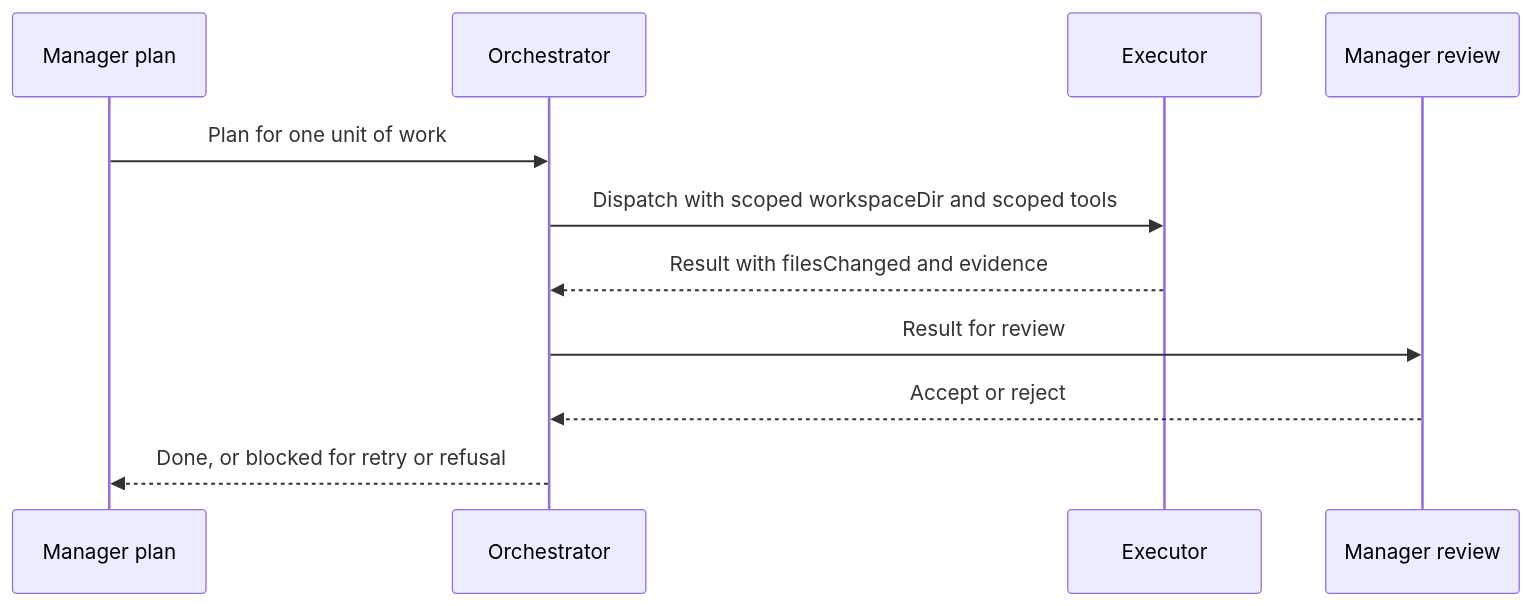
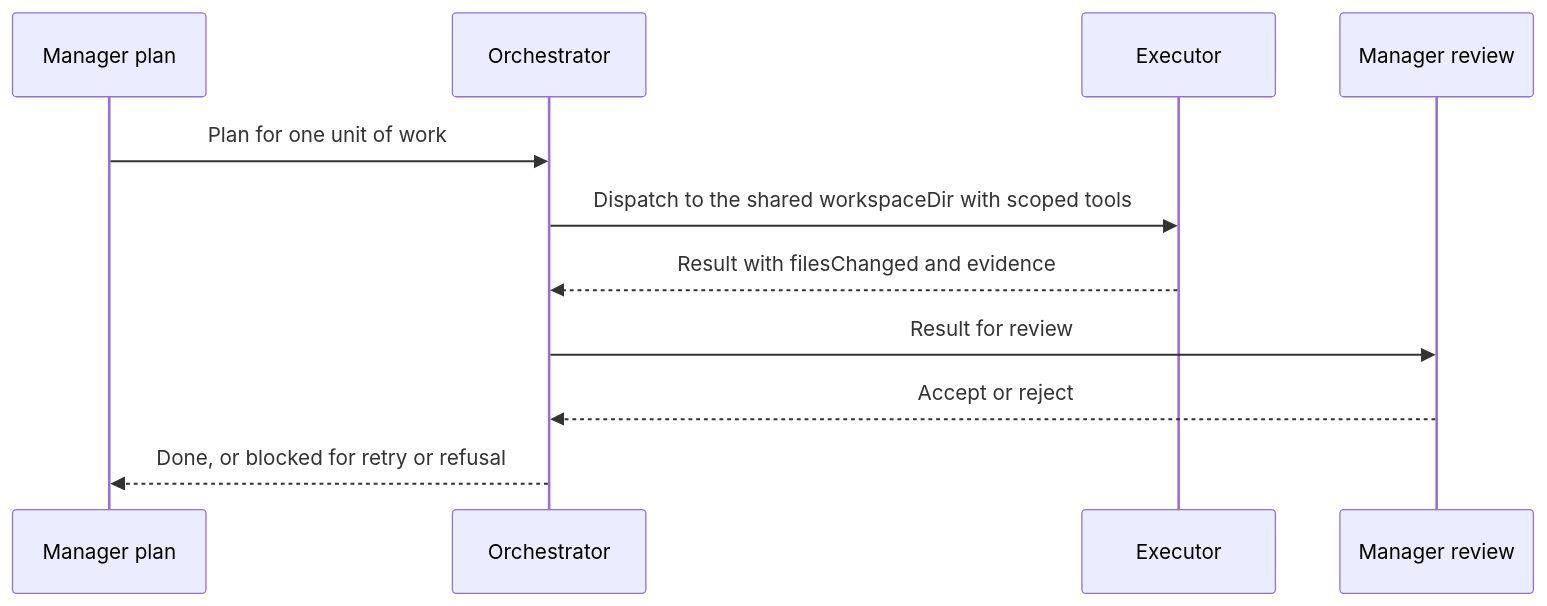
One commit to stSoftwareAU/VibeCoder changed the third of 4 diagrams in docs/MANAGER-WORKER-CONTRACT.md. Above: the diagram before and after it, drawn with Mermaid. The commit also changed other lines of this file and 6 other files, not shown here.

````diff
--- a/docs/MANAGER-WORKER-CONTRACT.md
+++ b/docs/MANAGER-WORKER-CONTRACT.md
@@ -326,13 +326,13 @@
 ```mermaid
 sequenceDiagram
   participant MP as Manager plan
   participant O as Orchestrator
   participant X as Executor
   participant MR as Manager review
   MP->>O: Plan for one unit of work
-  O->>X: Dispatch with scoped workspaceDir and scoped tools
+  O->>X: Dispatch to the shared workspaceDir with scoped tools
   X-->>O: Result with filesChanged and evidence
   O->>MR: Result for review
   MR-->>O: Accept or reject
   O-->>MP: Done, or blocked for retry or refusal
 ```
````
